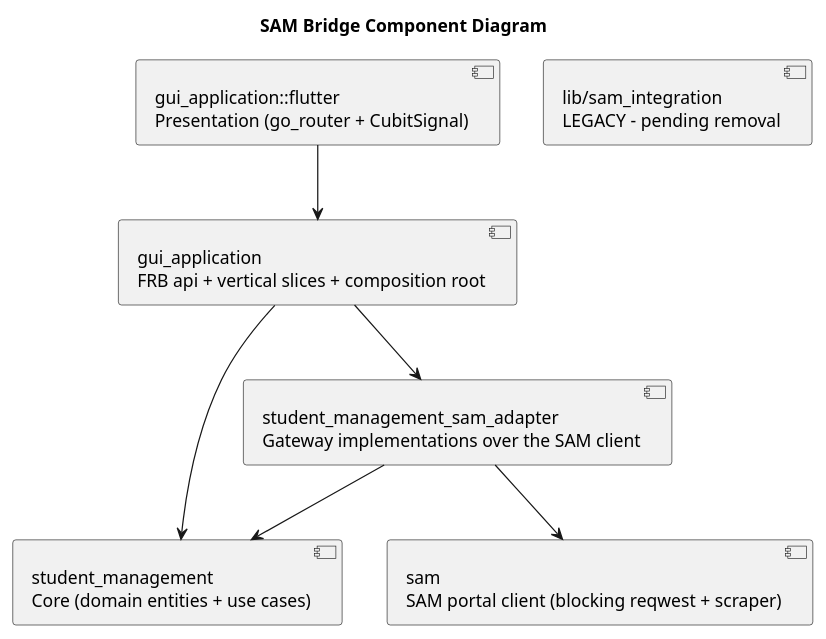
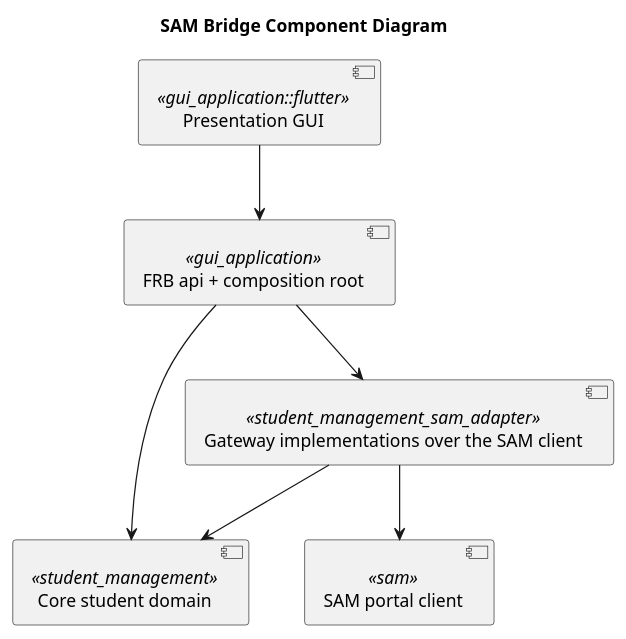
One commit to GabrielVander/sam-bridge changed the diagram in README.md. Above: the diagram before and after it, drawn with PlantUML.

Commit message:
(docs) Update README

````diff
--- a/README.md
+++ b/README.md
@@ -17,18 +17,17 @@
 ```plantuml
 @startuml
 title SAM Bridge Component Diagram
 
-component "gui_application::flutter\nPresentation (go_router + CubitSignal)" as ui
-component "gui_application\nFRB api + vertical slices + composition root" as app
-component "student_management\nCore (domain entities + use cases)" as core
-component "student_management_sam_adapter\nGateway implementations over the SAM client" as adapter
-component "sam\nSAM portal client (blocking reqwest + scraper)" as sam
-component "lib/sam_integration\nLEGACY - pending removal" as legacy
+component "Presentation GUI" as ui <<gui_application::flutter>>
+component "FRB api + composition root" as app <<gui_application>>
+component "Core student domain" as core <<student_management>>
+component "Gateway implementations over the SAM client" as adapter <<student_management_sam_adapter>>
+component "SAM portal client" as sam <<sam>>
 
 ui --> app
 app --> core
 app --> adapter
 adapter --> core
 adapter --> sam
 @enduml
 ```
````
